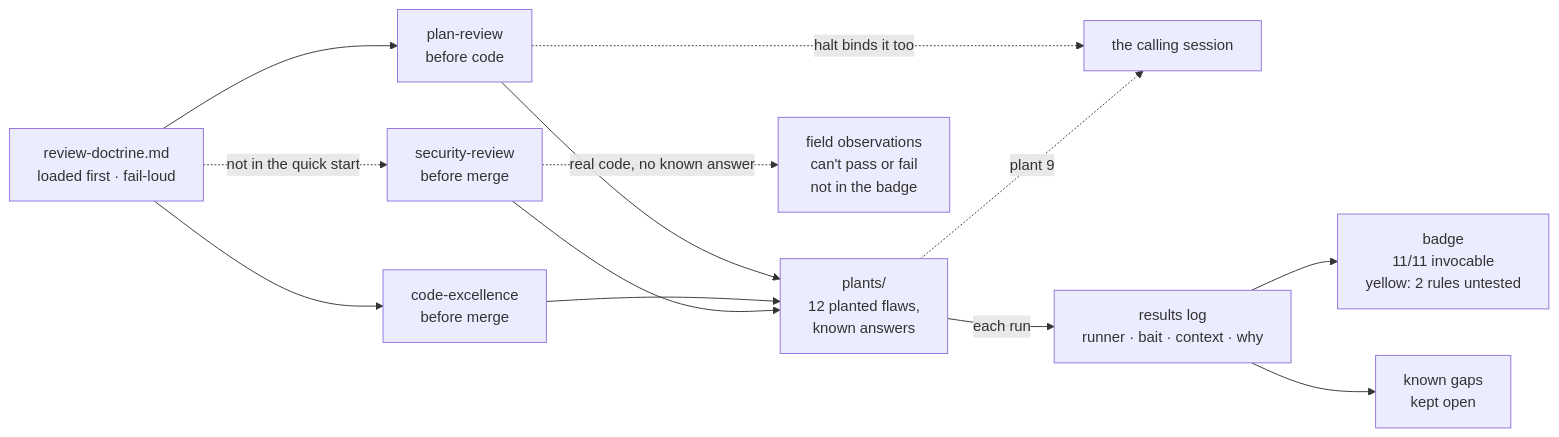
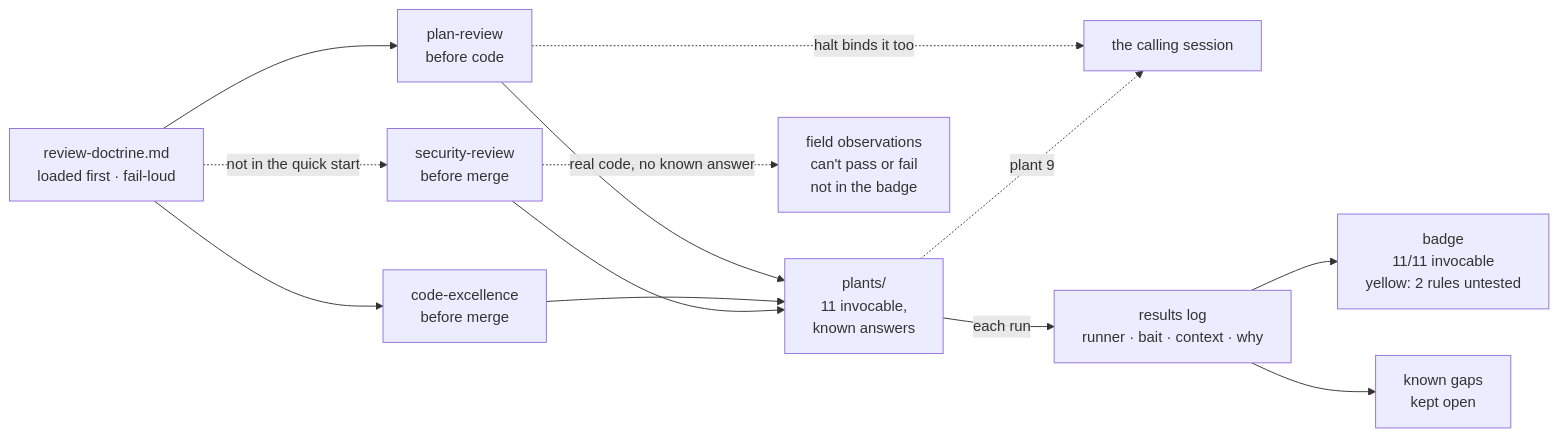
Before and after one commit to mahmoudmoe84/review-toolkit: the diagram in README.md, drawn with Mermaid. The commit also changed other lines of this file, not shown here.

````diff
--- a/README.md
+++ b/README.md
@@ -127,16 +146,16 @@
 ```mermaid
 flowchart LR
     D[review-doctrine.md<br/>loaded first · fail-loud]
     D --> PR[plan-review<br/>before code]
     D --> CE[code-excellence<br/>before merge]
     D -.->|not in the quick start| SR[security-review<br/>before merge]
-    PR --> PL[plants/<br/>12 planted flaws,<br/>known answers]
+    PR --> PL[plants/<br/>11 invocable,<br/>known answers]
     CE --> PL
     SR --> PL
     SR -.->|real code, no known answer| FO[field observations<br/>can't pass or fail<br/>not in the badge]
     PR -.->|halt binds it too| CALLER[the calling session]
     PL -->|each run| LOG[results log<br/>runner · bait · context · why]
     LOG --> B[badge<br/>11/11 invocable<br/>yellow: 2 rules untested]
     LOG --> G[known gaps<br/>kept open]
     PL -.->|plant 9| CALLER
 ```
````
